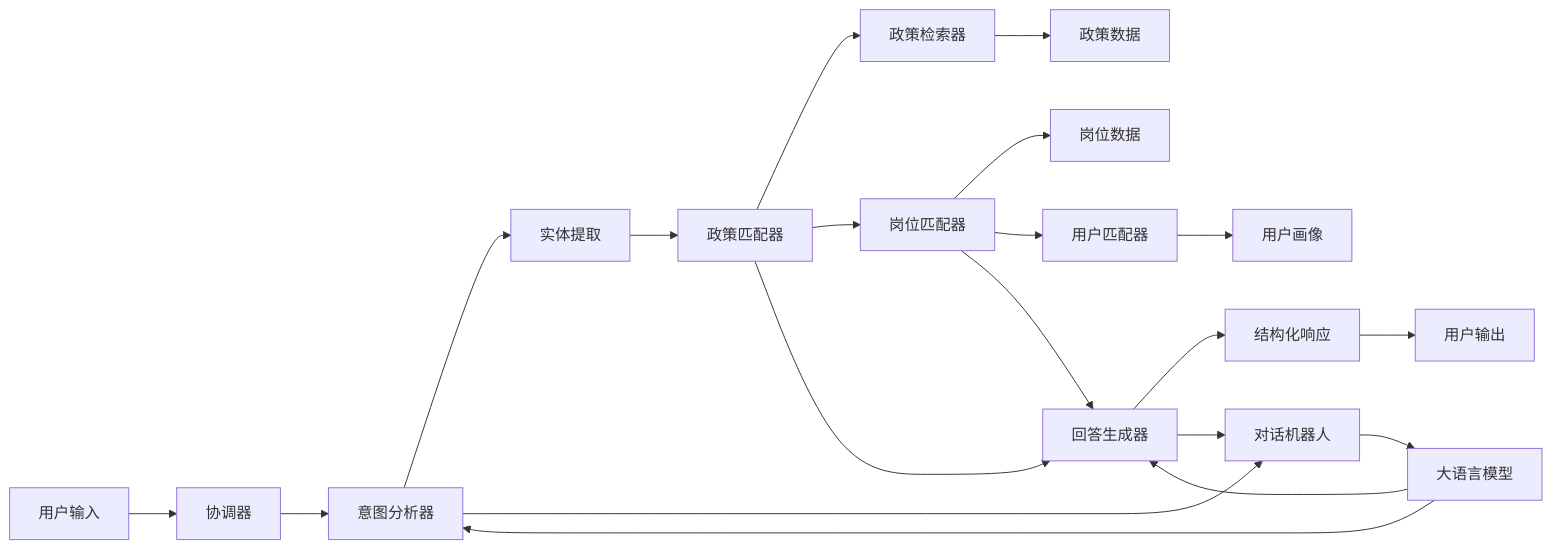
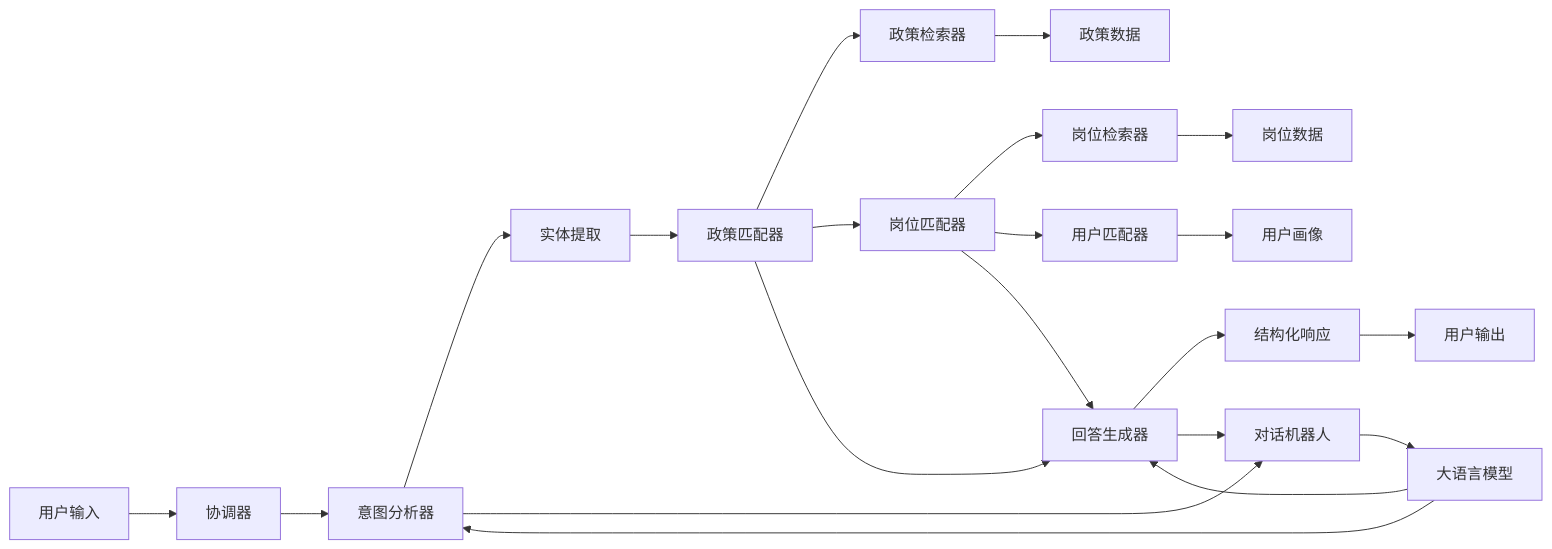
Before and after one commit to tianyong0618/policiespoc: the second of 2 diagrams in doc/04_工程过程/03_系统设计/01_概要设计/project_architecture_plan.md, drawn with Mermaid. The commit also changed other lines of this file and 4 other files, not shown here.

````diff
--- a/doc/04_工程过程/03_系统设计/01_概要设计/project_architecture_plan.md
+++ b/doc/04_工程过程/03_系统设计/01_概要设计/project_architecture_plan.md
@@ -217,23 +166,24 @@
 ```mermaid
 graph LR
     UserInput[用户输入] --> Orchestrator[协调器]
     Orchestrator --> IntentAnalyzer[意图分析器]
     IntentAnalyzer --> EntityExtraction[实体提取]
     EntityExtraction --> PolicyMatcher[政策匹配器]
     PolicyMatcher --> PolicyRetriever[政策检索器]
     PolicyRetriever --> PolicyData[政策数据]
     PolicyMatcher --> JobMatcher[岗位匹配器]
-    JobMatcher --> JobData[岗位数据]
+    JobMatcher --> JobRetriever[岗位检索器]
+    JobRetriever --> JobData[岗位数据]
     JobMatcher --> UserMatcher[用户匹配器]
     UserMatcher --> UserProfile[用户画像]
     PolicyMatcher --> ResponseGenerator[回答生成器]
     JobMatcher --> ResponseGenerator
     ResponseGenerator --> StructuredResponse[结构化响应]
     StructuredResponse --> UserOutput[用户输出]
     
     IntentAnalyzer --> ChatBot[对话机器人]
     ResponseGenerator --> ChatBot
     ChatBot --> LLM[大语言模型]
     LLM --> IntentAnalyzer
     LLM --> ResponseGenerator
 ```
````
